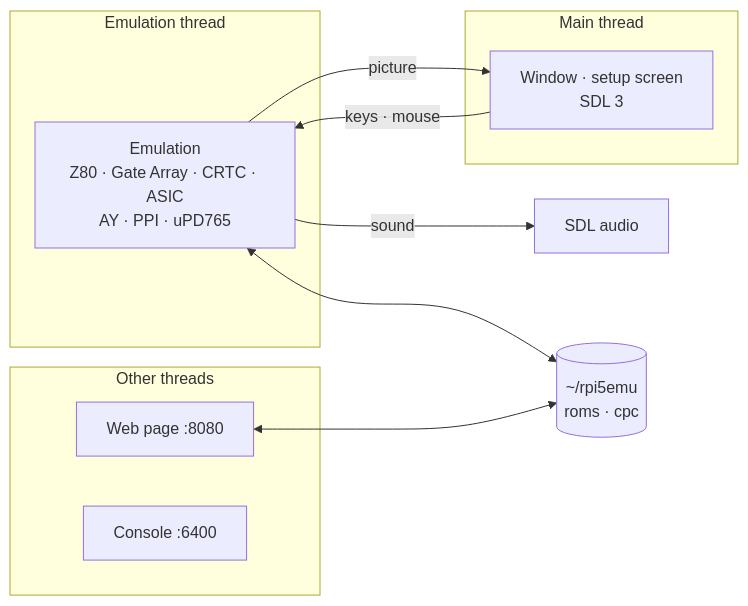
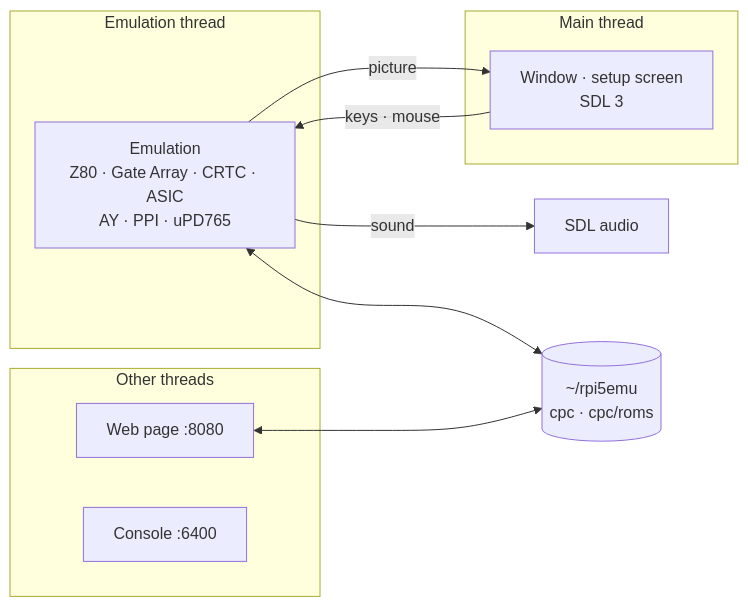
Before and after one commit to rlucencic/sdlcpc: the diagram in README.md, drawn with Mermaid. The commit also changed other lines of this file and 3 other files, not shown here.

First line of the commit message:
ROMs in ~/rpi5emu/cpc/roms

````diff
--- a/README.md
+++ b/README.md
@@ -161,19 +161,19 @@
 ```mermaid
 flowchart LR
   subgraph emu [Emulation thread]
     EMU["Emulation<br>Z80 · Gate Array · CRTC · ASIC<br>AY · PPI · uPD765"]
   end
   subgraph main [Main thread]
     WIN["Window · setup screen<br>SDL 3"]
   end
   subgraph others [Other threads]
     WEB[Web page :8080]
     CON[Console :6400]
   end
   EMU -- picture --> WIN
   EMU -- sound --> SND[SDL audio]
   WIN -- keys · mouse --> EMU
-  DATA[("~/rpi5emu<br>roms · cpc")]
+  DATA[("~/rpi5emu<br>cpc · cpc/roms")]
   EMU <--> DATA
   WEB <--> DATA
 ```
````
